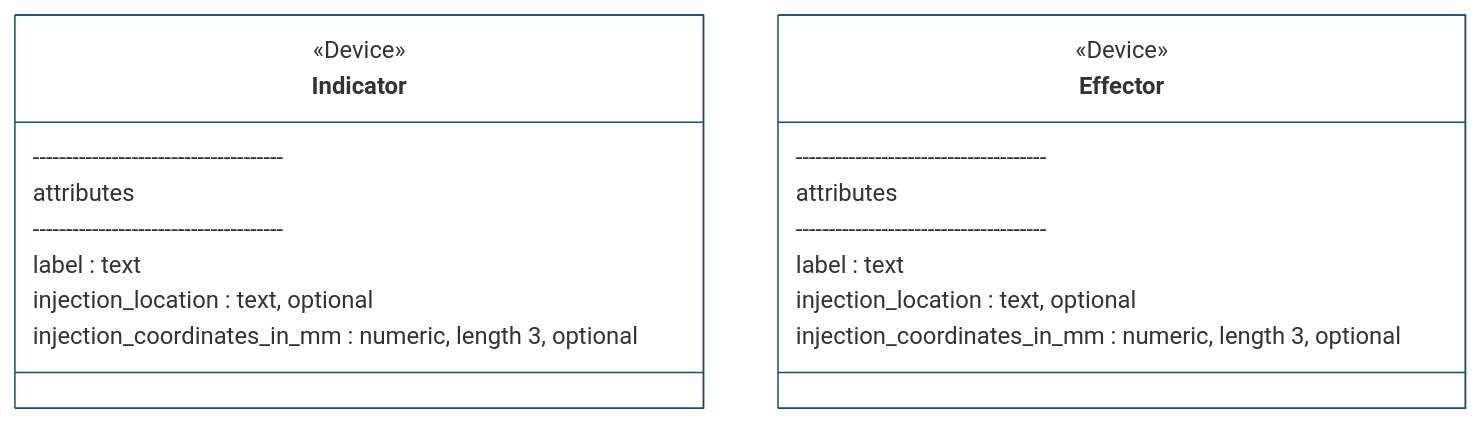
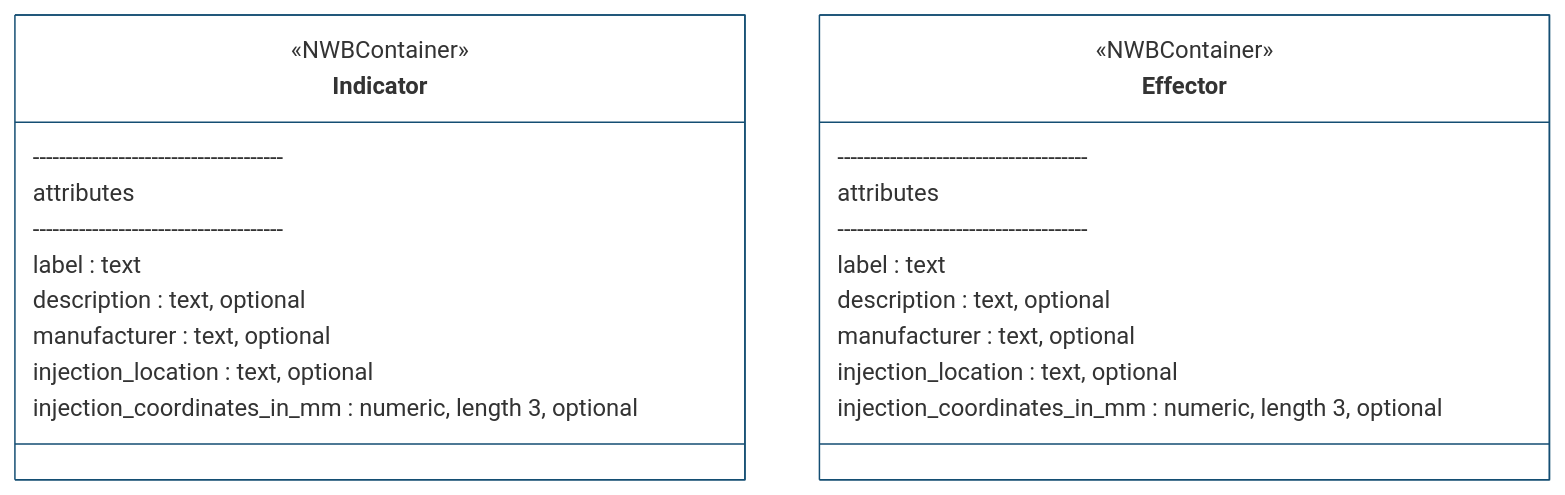
One commit to catalystneuro/ndx-ophys-devices changed the first of 4 diagrams in README.md. Above: the diagram before and after it, drawn with Mermaid. The commit also changed 1 other file, not shown here.

Commit message:
minor fix

````diff
--- a/README.md
+++ b/README.md
@@ -21,23 +21,27 @@
 ```mermaid
 %%{init: {'theme': 'base', 'themeVariables': {'primaryColor': '#ffffff', "primaryBorderColor': '#144E73', 'lineColor': '#D96F32'}}}%%
 classDiagram
     direction BT
     class Indicator{
-        <<Device>>
+        <<NWBContainer>>
         --------------------------------------
         attributes
         --------------------------------------
         label : text
+        description : text, optional
+        manufacturer : text, optional
         injection_location : text, optional
         injection_coordinates_in_mm : numeric, length 3, optional
     }
     class Effector{
-        <<Device>>
+        <<NWBContainer>>
         --------------------------------------
         attributes
         --------------------------------------
         label : text
+        description : text, optional
+        manufacturer : text, optional
         injection_location : text, optional
         injection_coordinates_in_mm : numeric, length 3, optional
     }
 ```
````
